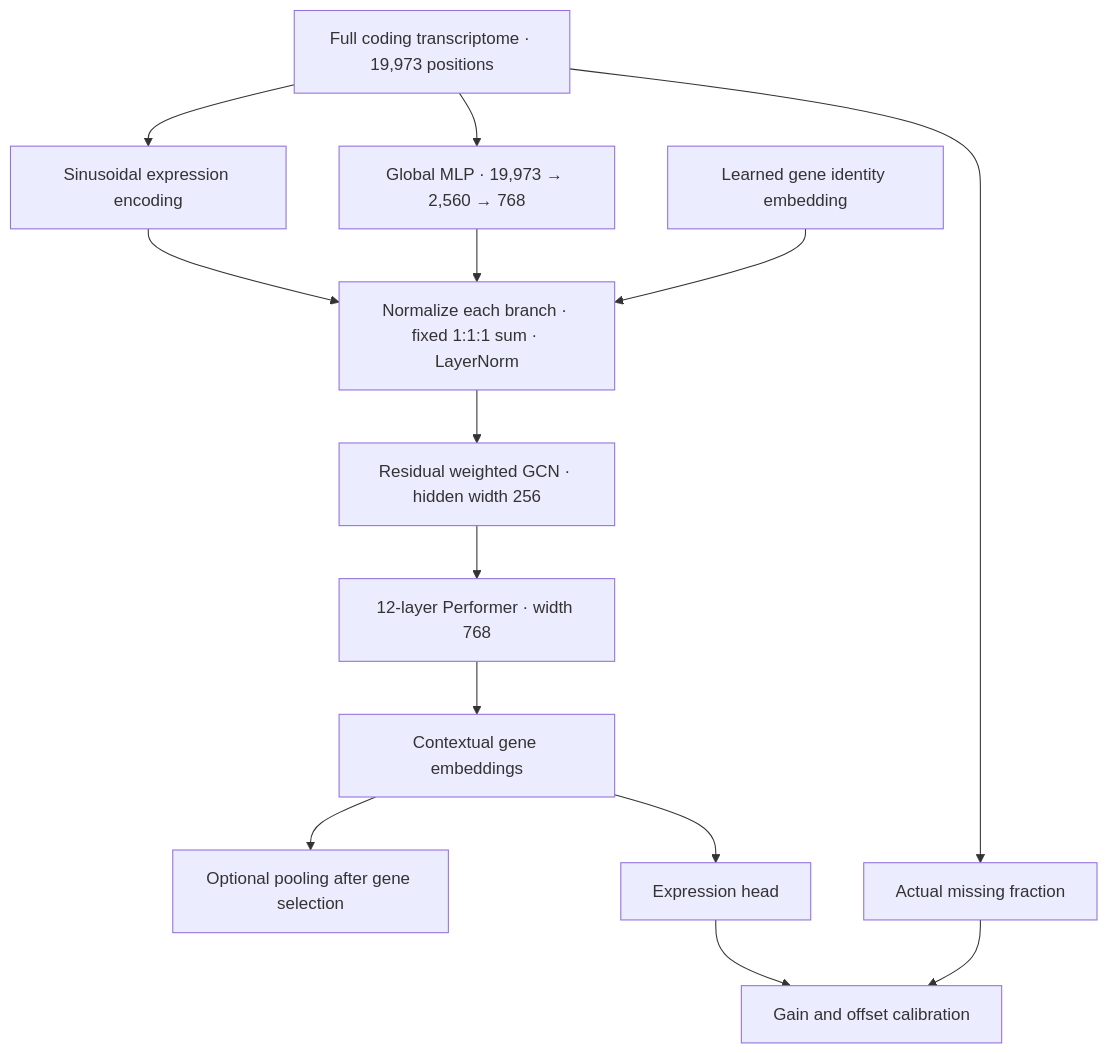
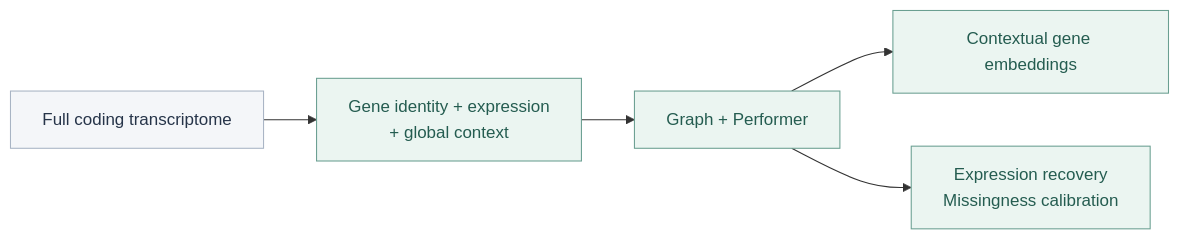
Before and after one commit to KangBoming/bulkformer-latest: the diagram in README.md, drawn with Mermaid. The commit also changed other lines of this file and 15 other files, not shown here.

````diff
--- a/README.md
+++ b/README.md
@@ -18,16 +22,11 @@
 ```mermaid
-flowchart TD
-    X["Full coding transcriptome · 19,973 positions"] --> E["Sinusoidal expression encoding"]
-    X --> C["Global MLP · 19,973 → 2,560 → 768"]
-    I["Learned gene identity embedding"] --> N["Normalize each branch · fixed 1:1:1 sum · LayerNorm"]
-    E --> N
-    C --> N
-    N --> G["Residual weighted GCN · hidden width 256"]
-    G --> P["12-layer Performer · width 768"]
-    P --> H["Contextual gene embeddings"]
-    H --> S["Optional pooling after gene selection"]
-    H --> O["Expression head"]
-    X --> M["Actual missing fraction"]
-    M --> K["Gain and offset calibration"]
-    O --> K
+flowchart LR
+    X["Full coding transcriptome"] --> F["Gene identity + expression<br/>+ global context"]
+    F --> E["Graph + Performer"]
+    E --> G["Contextual gene embeddings"]
+    E --> P["Expression recovery<br/>Missingness calibration"]
+    classDef input fill:#F4F6F9,stroke:#A8B4C4,color:#263449
+    classDef model fill:#EBF5F1,stroke:#6A9F91,color:#245C50
+    class X input
+    class F,E,G,P model
 ```
````
